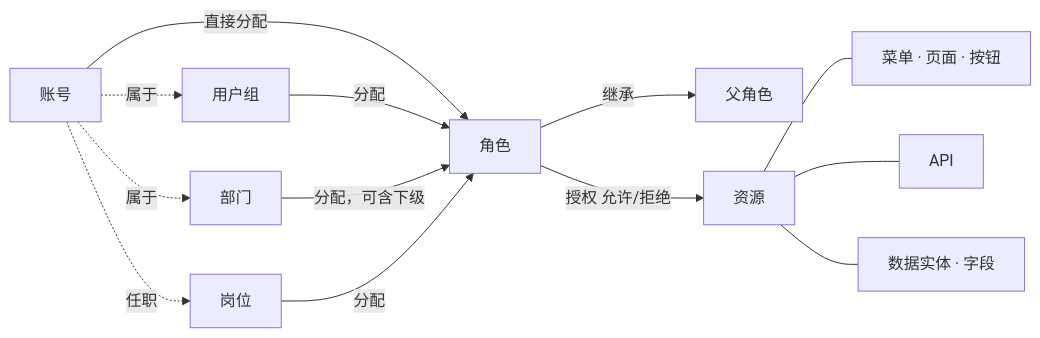
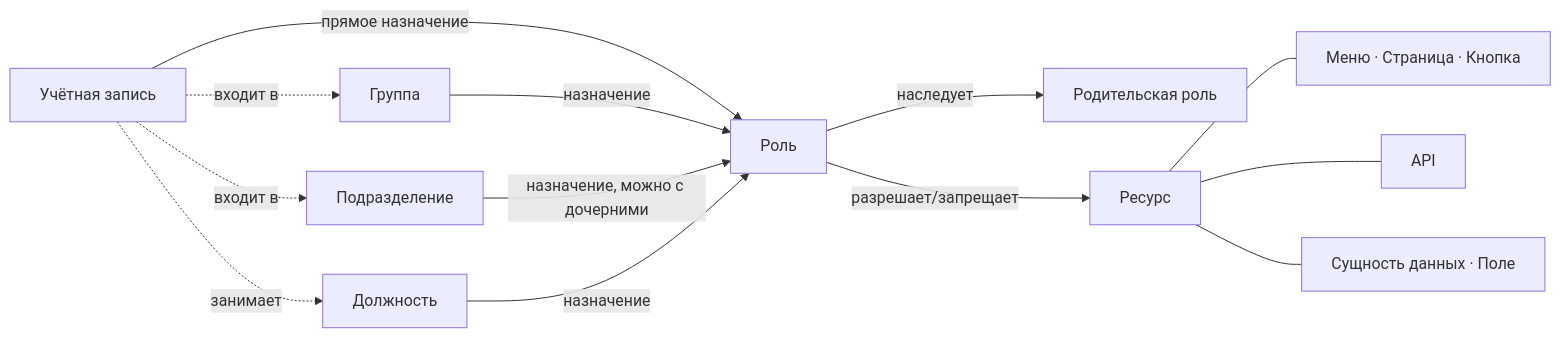
One commit to devlive-community/grantforge changed the diagram in docs/content/ru/start/concepts.md. Above: the diagram before and after it, drawn with Mermaid. The commit also changed 103 other files, not shown here.

````diff
--- a/docs/content/ru/start/concepts.md
+++ b/docs/content/ru/start/concepts.md
@@ -14,15 +14,15 @@
 ```mermaid
 flowchart LR
-  A[账号] -->|直接分配| R[角色]
-  G[用户组] -->|分配| R
-  O[部门] -->|分配，可含下级| R
-  P[岗位] -->|分配| R
-  A -.属于.-> G
-  A -.属于.-> O
-  A -.任职.-> P
-  R -->|继承| R2[父角色]
-  R -->|授权 允许/拒绝| S[资源]
-  S --- M[菜单 · 页面 · 按钮]
+  A[Учётная запись] -->|прямое назначение| R[Роль]
+  G[Группа] -->|назначение| R
+  O[Подразделение] -->|назначение, можно с дочерними| R
+  P[Должность] -->|назначение| R
+  A -. входит в .-> G
+  A -. входит в .-> O
+  A -. занимает .-> P
+  R -->|наследует| R2[Родительская роль]
+  R -->|разрешает/запрещает| S[Ресурс]
+  S --- M[Меню · Страница · Кнопка]
   S --- API[API]
-  S --- D[数据实体 · 字段]
+  S --- D[Сущность данных · Поле]
 ```
````
